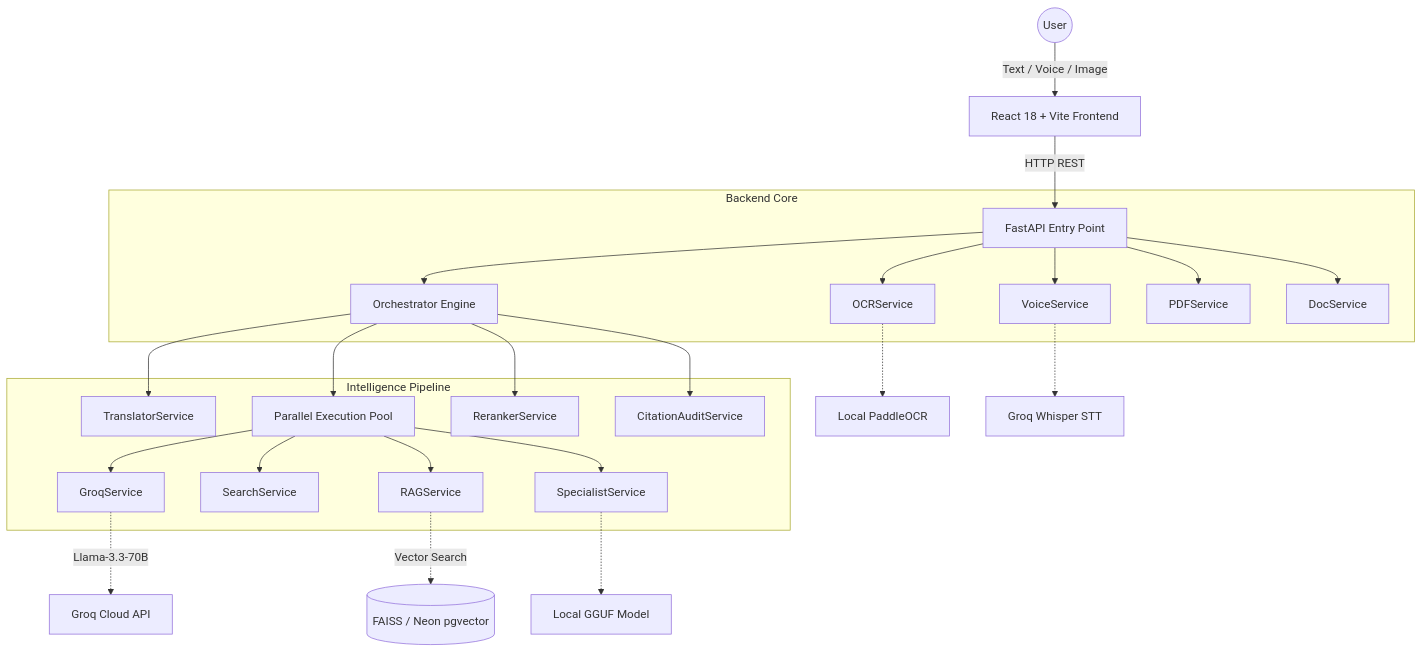
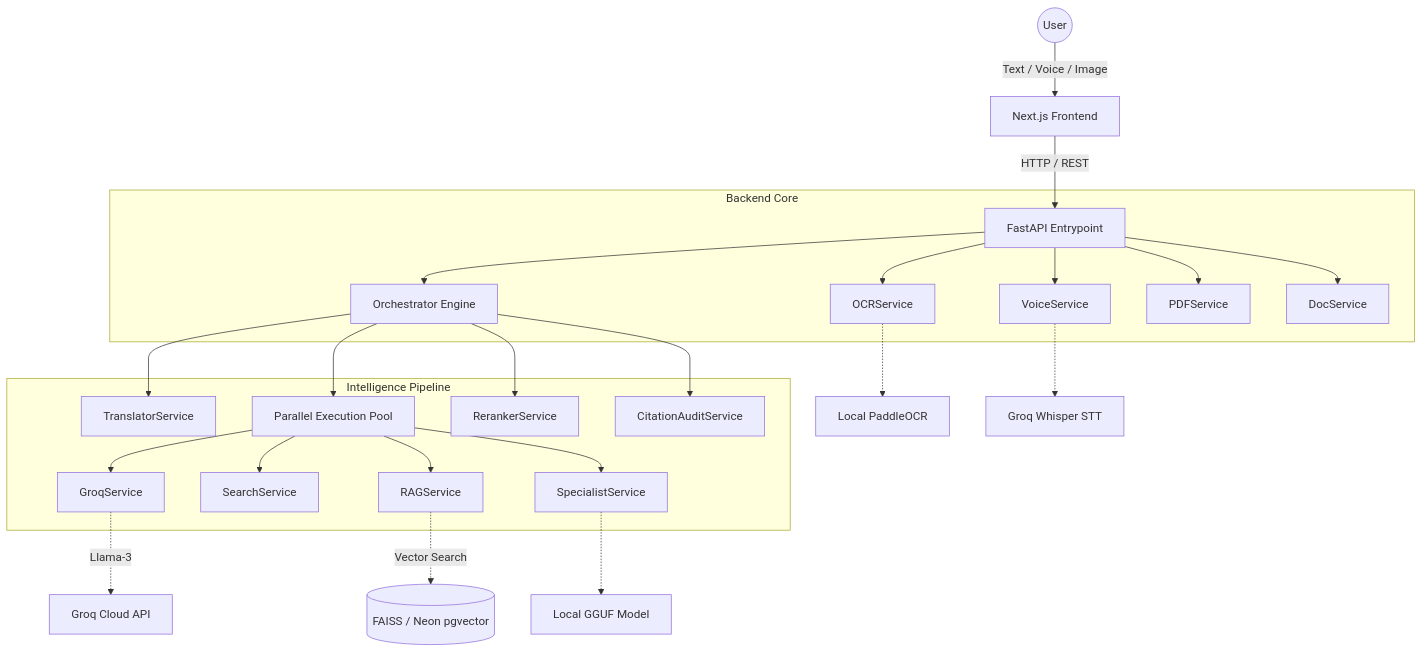
The first of 2 diagrams in README.md (rohitkhamrai/LegalSarathi), drawn with Mermaid before and after one commit. The commit also changed other lines of this file, not shown here.

````diff
--- a/README.md
+++ b/README.md
@@ -11,32 +23,32 @@
 ```mermaid
 graph TD
-    User((User)) -->|Text / Voice / Image| Frontend[React 18 + Vite Frontend]
-    Frontend -->|HTTP REST| API[FastAPI Entry Point]
-
-    subgraph Backend Core
+    User((User)) -->|Text / Voice / Image| Frontend[Next.js Frontend]
+    Frontend -->|HTTP / REST| API[FastAPI Entrypoint]
+    
+    subgraph "Backend Core"
         API --> Orchestrator[Orchestrator Engine]
         API --> Voice[VoiceService]
         API --> OCR[OCRService]
         API --> PDF[PDFService]
         API --> Doc[DocService]
     end
-
-    subgraph Intelligence Pipeline
+    
+    subgraph "Intelligence Pipeline"
         Orchestrator --> Translate[TranslatorService]
         Orchestrator --> Parallel[Parallel Execution Pool]
-
+        
         Parallel --> Groq[GroqService]
         Parallel --> Search[SearchService]
         Parallel --> RAG[RAGService]
         Parallel --> Specialist[SpecialistService]
-
+        
         Orchestrator --> Rerank[RerankerService]
         Orchestrator --> Audit[CitationAuditService]
     end
-
-    Groq -.->|Llama-3.3-70B| GroqAPI[Groq Cloud API]
+    
+    Groq -.->|Llama-3| GroqAPI[Groq Cloud API]
     RAG -.->|Vector Search| DB[(FAISS / Neon pgvector)]
     OCR -.-> Paddle[Local PaddleOCR]
     Specialist -.-> LocalLLM[Local GGUF Model]
     Voice -.-> Whisper[Groq Whisper STT]
 ```
````
